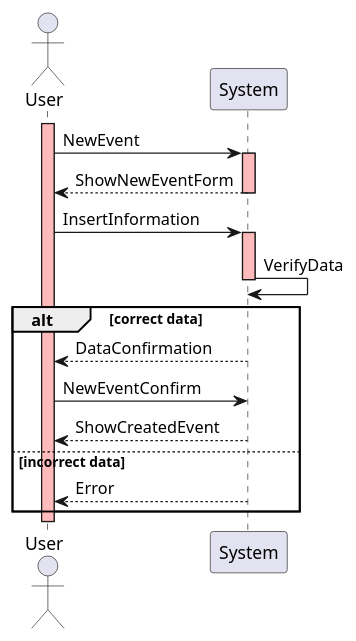
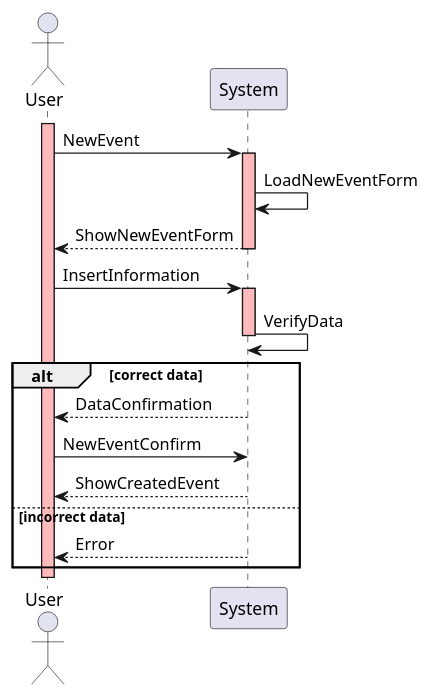
The diagram in rasd/sequence_diagram/sequence_diagram_newEvent1.plantuml (fcremo/AlfonsoCarsenzuolaCremonese-ingsw2), drawn with PlantUML before and after one commit. The commit also changed 15 other files, not shown here.

Commit message:
update sequence diagram

```diff
--- a/rasd/sequence_diagram/sequence_diagram_newEvent1.plantuml
+++ b/rasd/sequence_diagram/sequence_diagram_newEvent1.plantuml
@@ -1,24 +1,25 @@
 @startuml
 
 actor User
 participant System
 
 activate User #FFBBBB
 User -> System: NewEvent
 activate System #FFBBBB
+System -> System: LoadNewEventForm
 System --> User: ShowNewEventForm
 deactivate System
 User -> System: InsertInformation
 activate System #FFBBBB
 System -> System: VerifyData
 deactivate System
 
 alt correct data
   System --> User: DataConfirmation
   User -> System: NewEventConfirm
   System --> User: ShowCreatedEvent
 else incorrect data
   System --> User: Error
 end
 
 @enduml
```
